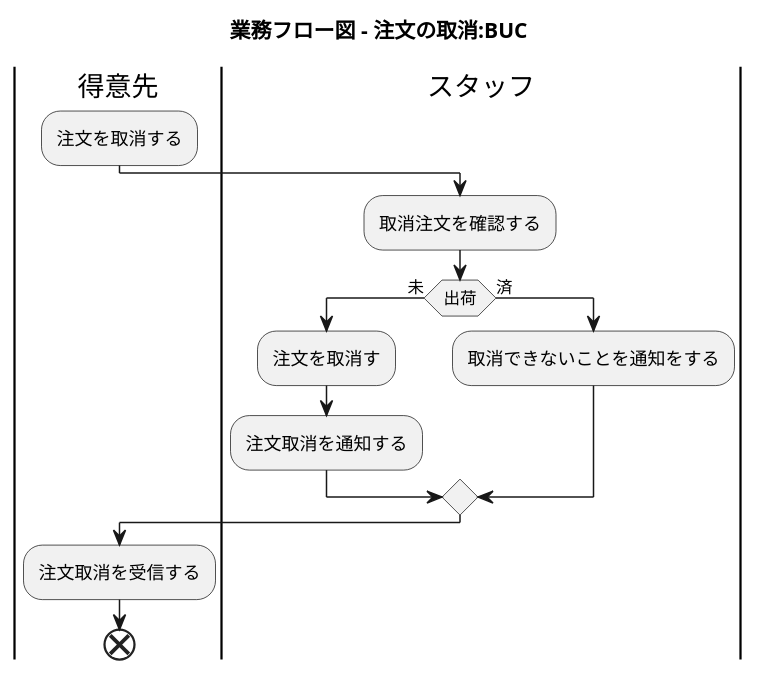
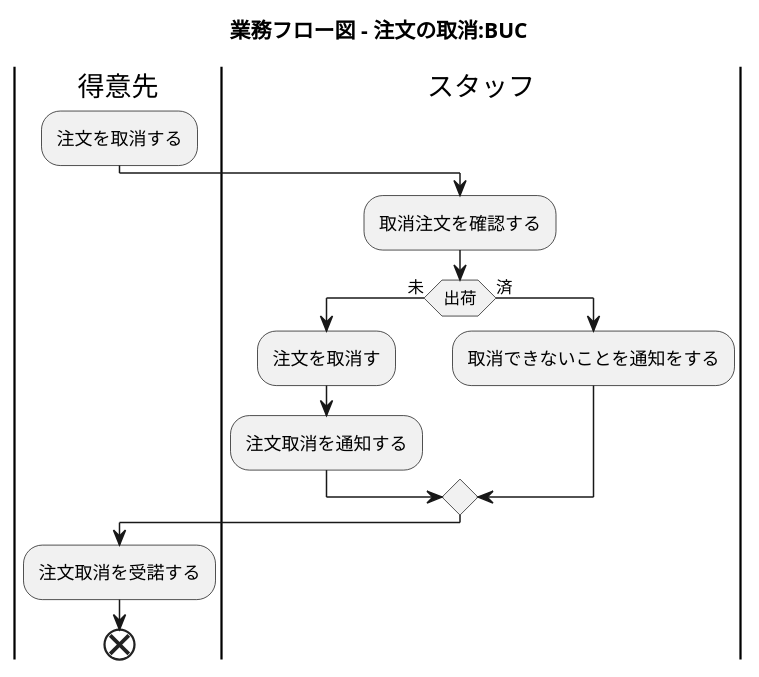
One commit to k2works/application_programing_excercise_2022 changed diagram 12 of 28 in docs/index.adoc. Above: the diagram before and after it, drawn with PlantUML. The commit also changed other lines of this file, not shown here.

```diff
--- a/docs/index.adoc
+++ b/docs/index.adoc
@@ -436,25 +436,25 @@
 [plantuml]
 ----
 @startuml
 
 title 業務フロー図 - 注文の取消:BUC
 
 |得意先|
 :注文を取消する;
 
 |スタッフ|
 :取消注文を確認する;
 if (出荷) then (未)
  |スタッフ|
  :注文を取消す;
  :注文取消を通知する;
 else (済)
  |スタッフ|
  :取消できないことを通知をする;
 endif
 
 |得意先|
-:注文取消を受信する;
+:注文取消を受諾する;
 end
 @enduml
 ----
```
